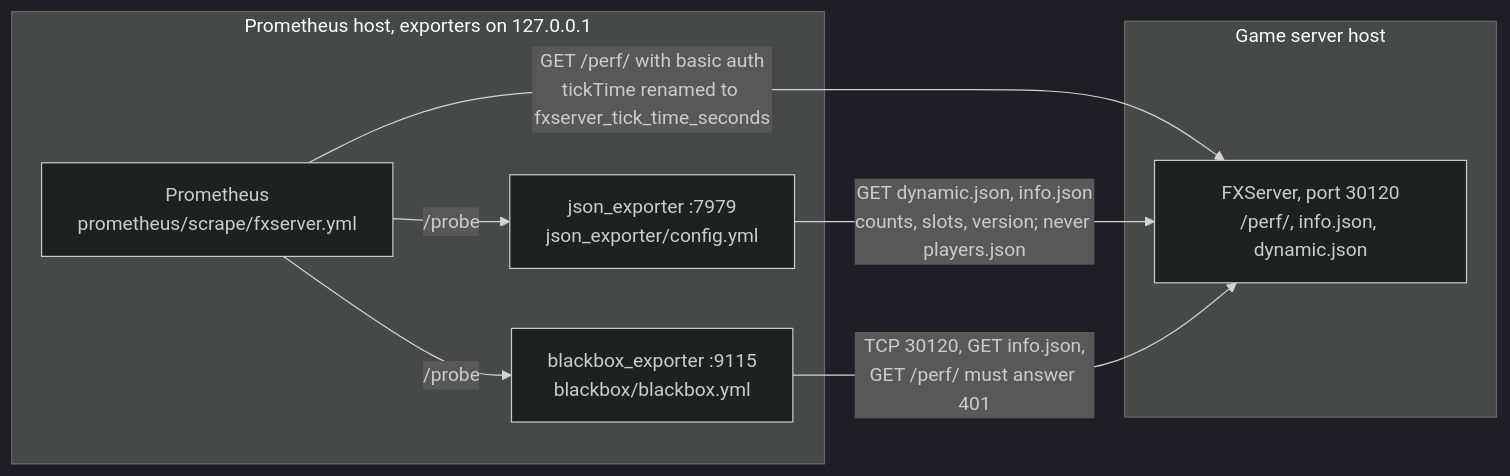
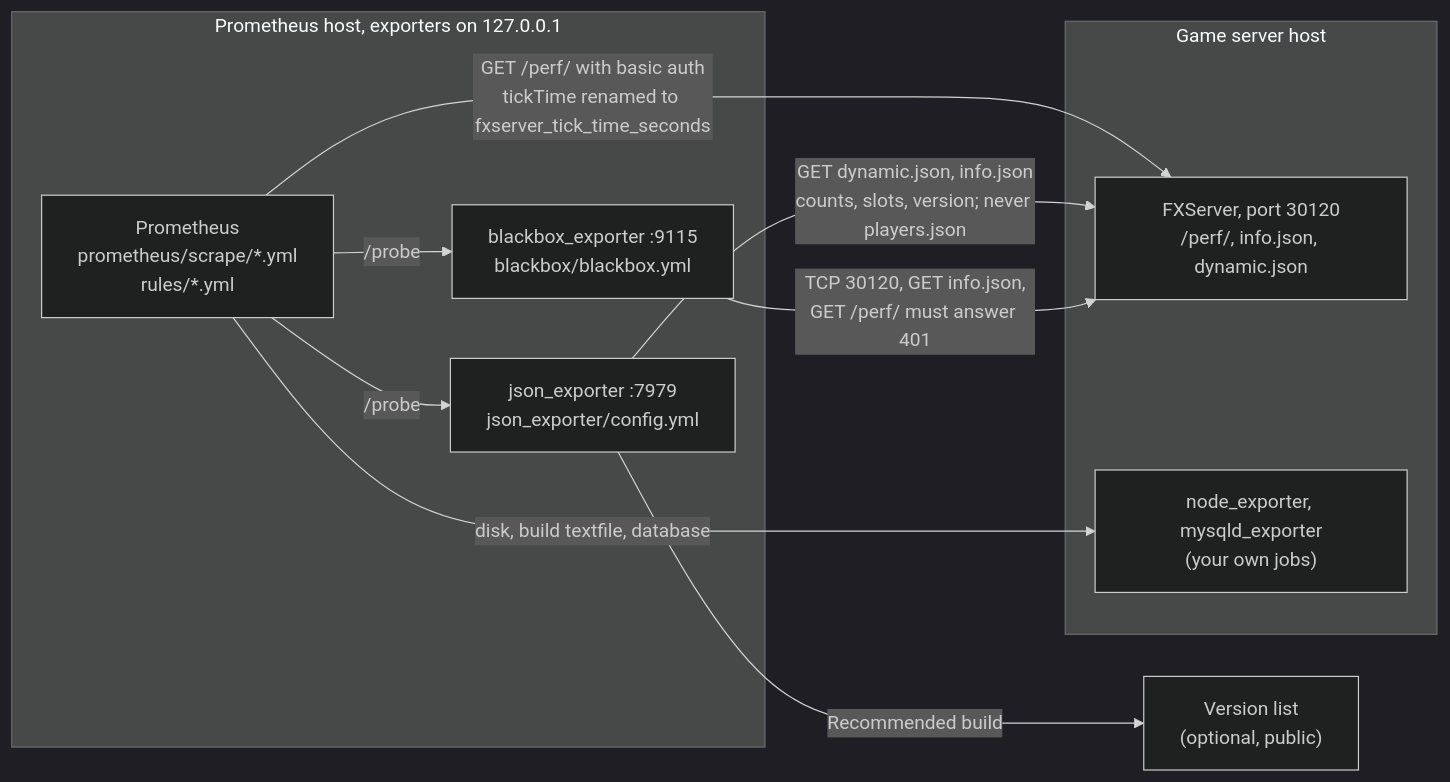
Before and after one commit to luminare-dev/gameserver-observability: the diagram in README.md, drawn with Mermaid (dark theme). The commit also changed other lines of this file and 32 other files, not shown here.

````diff
--- a/README.md
+++ b/README.md
@@ -60,16 +60,20 @@
 ```mermaid
 flowchart LR
     subgraph game["Game server host"]
         fx["FXServer, port 30120<br/>/perf/, info.json, dynamic.json"]
+        node["node_exporter, mysqld_exporter<br/>(your own jobs)"]
     end
     subgraph mon["Prometheus host, exporters on 127.0.0.1"]
-        prom["Prometheus<br/>prometheus/scrape/fxserver.yml"]
+        prom["Prometheus<br/>prometheus/scrape/*.yml<br/>rules/*.yml"]
         je["json_exporter :7979<br/>json_exporter/config.yml"]
         bb["blackbox_exporter :9115<br/>blackbox/blackbox.yml"]
     end
+    list["Version list<br/>(optional, public)"]
     prom -- "GET /perf/ with basic auth<br/>tickTime renamed to fxserver_tick_time_seconds" --> fx
     prom -- "/probe" --> je
     je -- "GET dynamic.json, info.json<br/>counts, slots, version; never players.json" --> fx
+    je -- "Recommended build" --> list
     prom -- "/probe" --> bb
     bb -- "TCP 30120, GET info.json,<br/>GET /perf/ must answer 401" --> fx
+    prom -- "disk, build textfile, database" --> node
 ```
````
